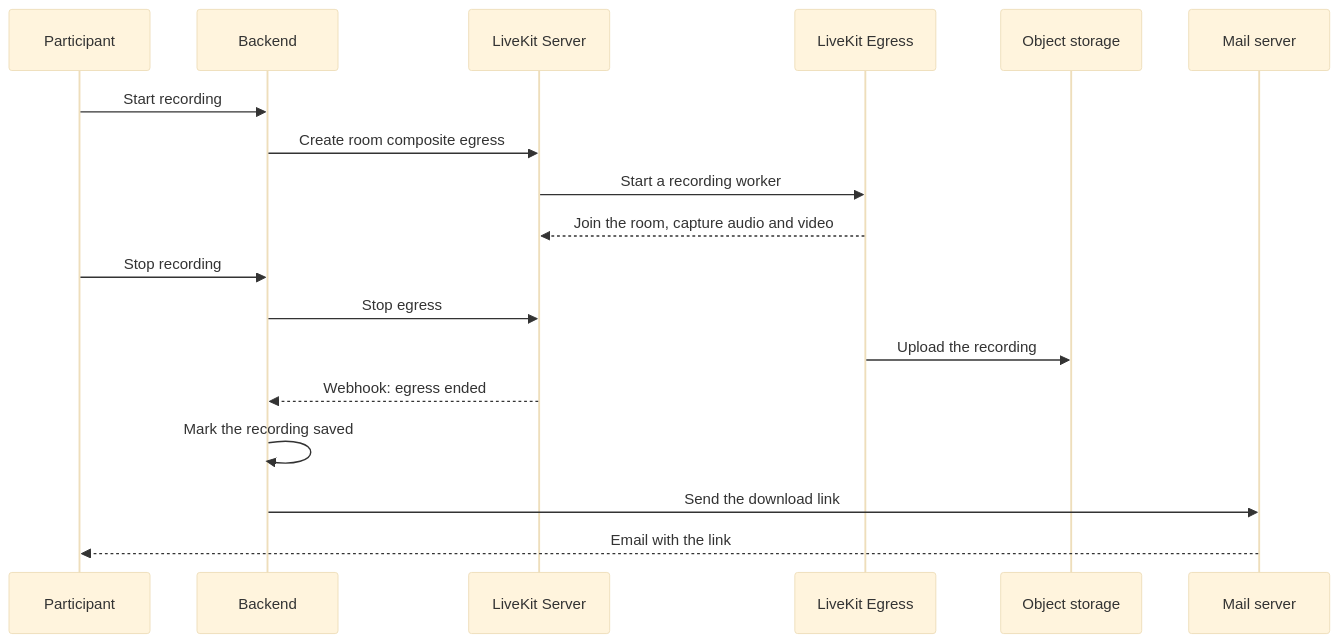
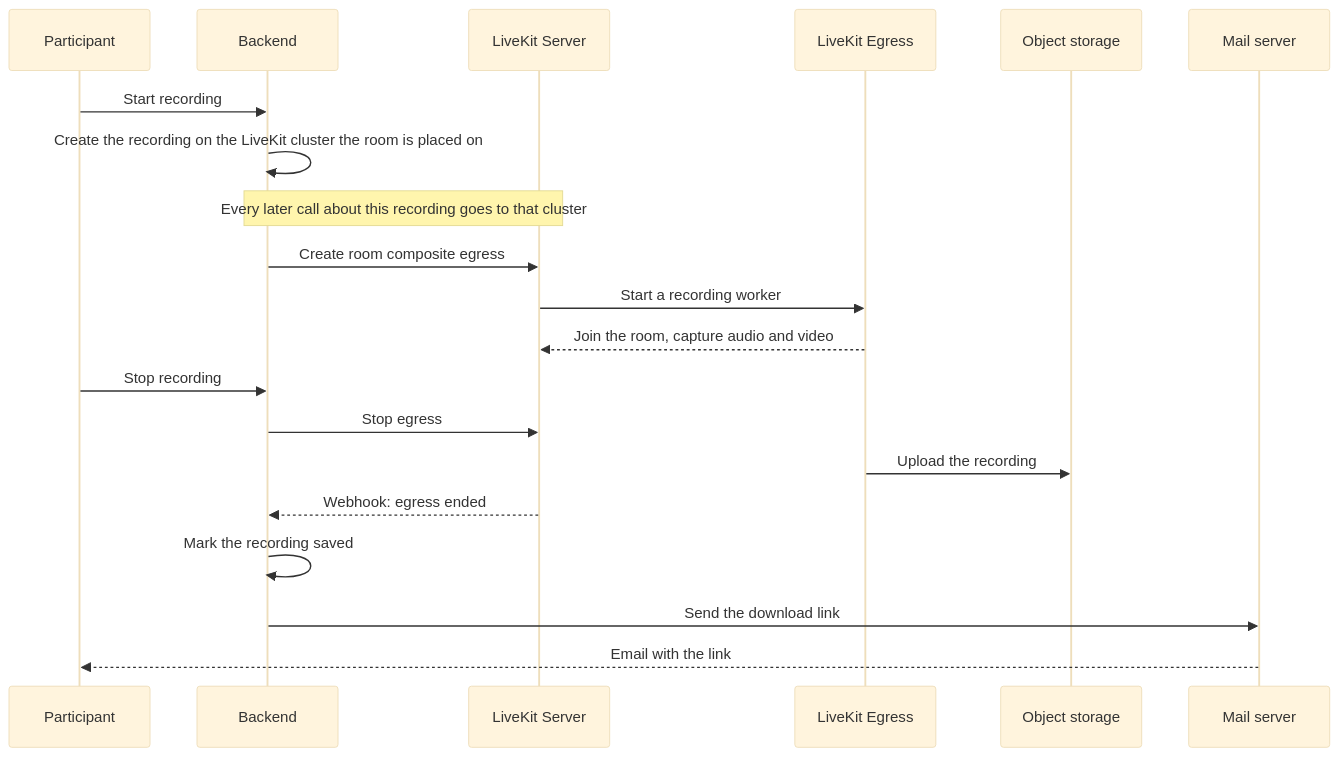
Before and after one commit to suitenumerique/meet: the fourth of 6 diagrams in docs/overview/how-meet-works.md, drawn with Mermaid (base theme). The commit also changed other lines of this file and 13 other files, not shown here.

````diff
--- a/docs/overview/how-meet-works.md
+++ b/docs/overview/how-meet-works.md
@@ -198,21 +198,23 @@
 ```mermaid
 sequenceDiagram
     participant U as Participant
     participant BE as Backend
     participant LK as LiveKit Server
     participant EG as LiveKit Egress
     participant S3 as Object storage
     participant Mail as Mail server
 
     U->>BE: Start recording
+    BE->>BE: Create the recording on the LiveKit cluster the room is placed on
+    Note over BE,LK: Every later call about this recording goes to that cluster
     BE->>LK: Create room composite egress
     LK->>EG: Start a recording worker
     EG-->>LK: Join the room, capture audio and video
     U->>BE: Stop recording
     BE->>LK: Stop egress
     EG->>S3: Upload the recording
     LK-->>BE: Webhook: egress ended
     BE->>BE: Mark the recording saved
     BE->>Mail: Send the download link
     Mail-->>U: Email with the link
 ```
````
